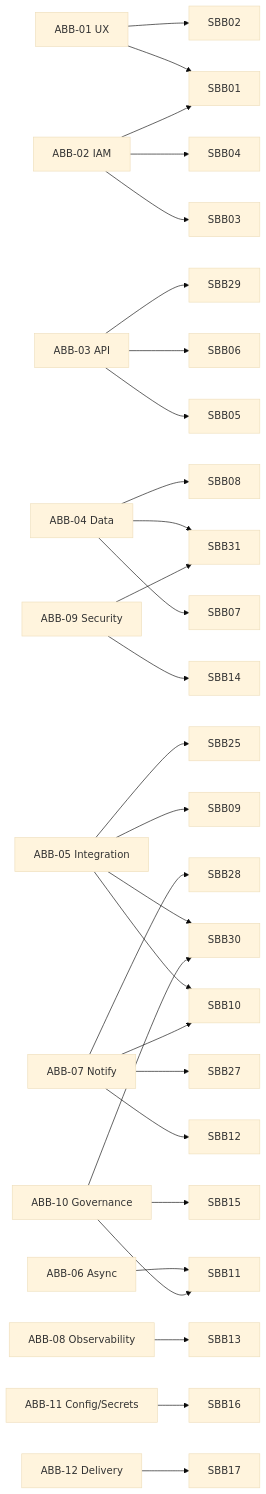
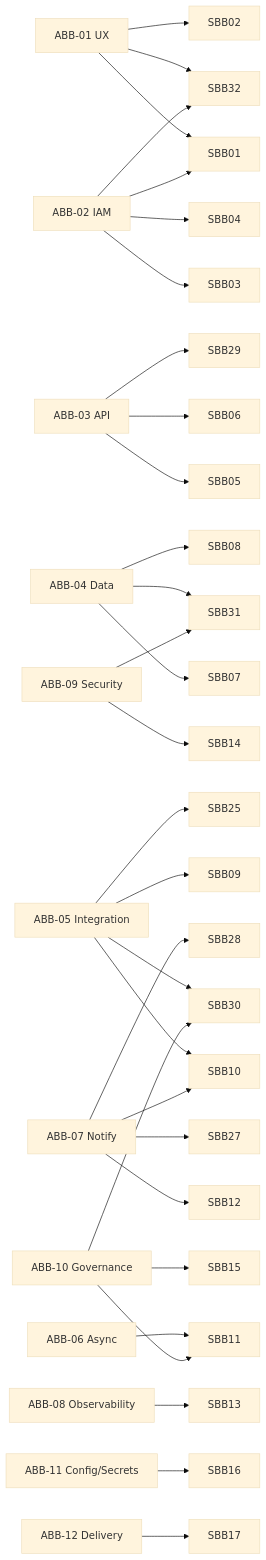
One commit to nicpozent/ATLASPPM_AdditionalFeatures changed the diagram in docs/architecture/building-blocks.md. Above: the diagram before and after it, drawn with Mermaid (base theme). The commit also changed other lines of this file and 9 other files, not shown here.

````diff
--- a/docs/architecture/building-blocks.md
+++ b/docs/architecture/building-blocks.md
@@ -64,15 +65,15 @@
 ```mermaid
 flowchart LR
-  ABB01["ABB-01 UX"] --> SBB01 & SBB02
-  ABB02["ABB-02 IAM"] --> SBB03 & SBB04 & SBB01
+  ABB01["ABB-01 UX"] --> SBB01 & SBB02 & SBB32
+  ABB02["ABB-02 IAM"] --> SBB03 & SBB04 & SBB01 & SBB32
   ABB03["ABB-03 API"] --> SBB05 & SBB06 & SBB29
   ABB04["ABB-04 Data"] --> SBB07 & SBB08 & SBB31
   ABB05["ABB-05 Integration"] --> SBB09 & SBB10 & SBB25 & SBB30
   ABB06["ABB-06 Async"] --> SBB11
   ABB07["ABB-07 Notify"] --> SBB12 & SBB10 & SBB27 & SBB28
   ABB08["ABB-08 Observability"] --> SBB13
   ABB09["ABB-09 Security"] --> SBB14 & SBB31
   ABB10["ABB-10 Governance"] --> SBB15 & SBB11 & SBB30
   ABB11["ABB-11 Config/Secrets"] --> SBB16
   ABB12["ABB-12 Delivery"] --> SBB17
 ```
````
